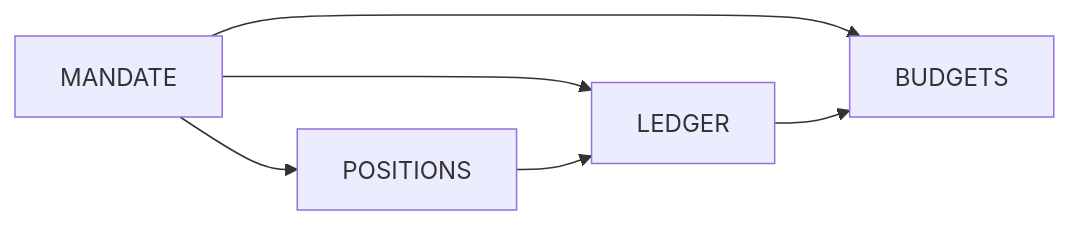
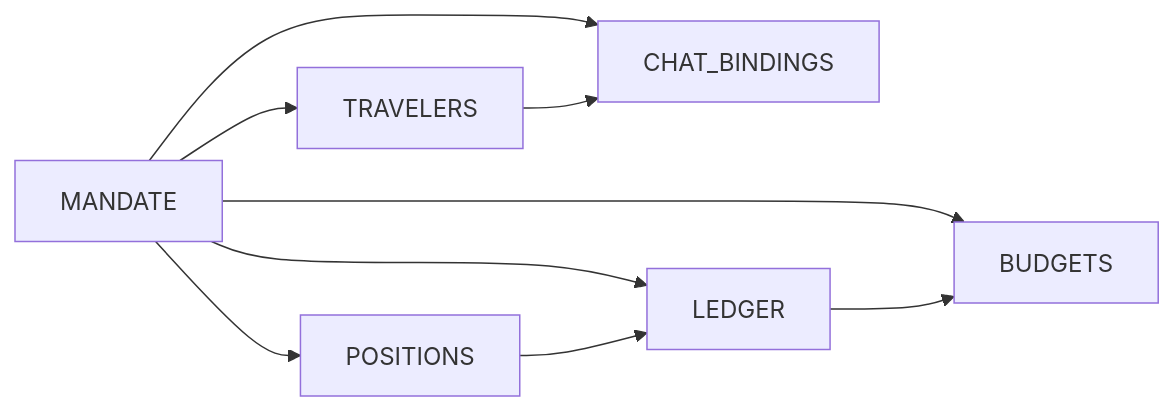
Before and after one commit to jaydonnnk/waypoint: the fifth of 6 diagrams in .qoder/repowiki/en/content/Data Management/Database Schema Design.md, drawn with Mermaid. The commit also changed other lines of this file and 14 other files, not shown here.

````diff
--- a/.qoder/repowiki/en/content/Data Management/Database Schema Design.md
+++ b/.qoder/repowiki/en/content/Data Management/Database Schema Design.md
@@ -326,8 +452,11 @@
 ```mermaid
 graph LR
 MANDATE --> POSITIONS
+MANDATE --> TRAVELERS
+MANDATE --> CHAT_BINDINGS
 MANDATE --> LEDGER
 MANDATE --> BUDGETS
 POSITIONS --> LEDGER
+TRAVELERS --> CHAT_BINDINGS
 LEDGER --> BUDGETS
 ```
````
